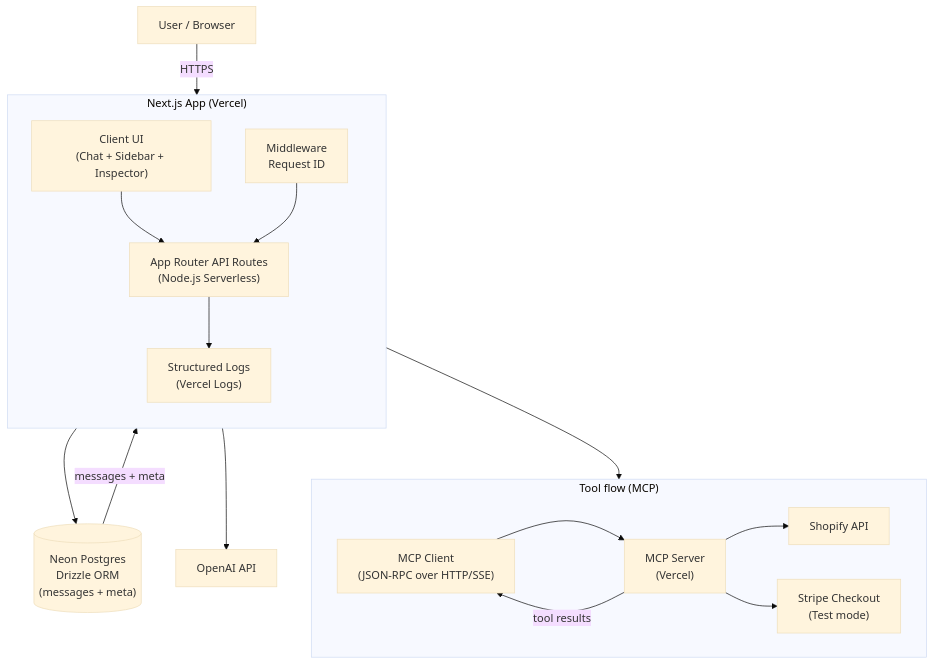
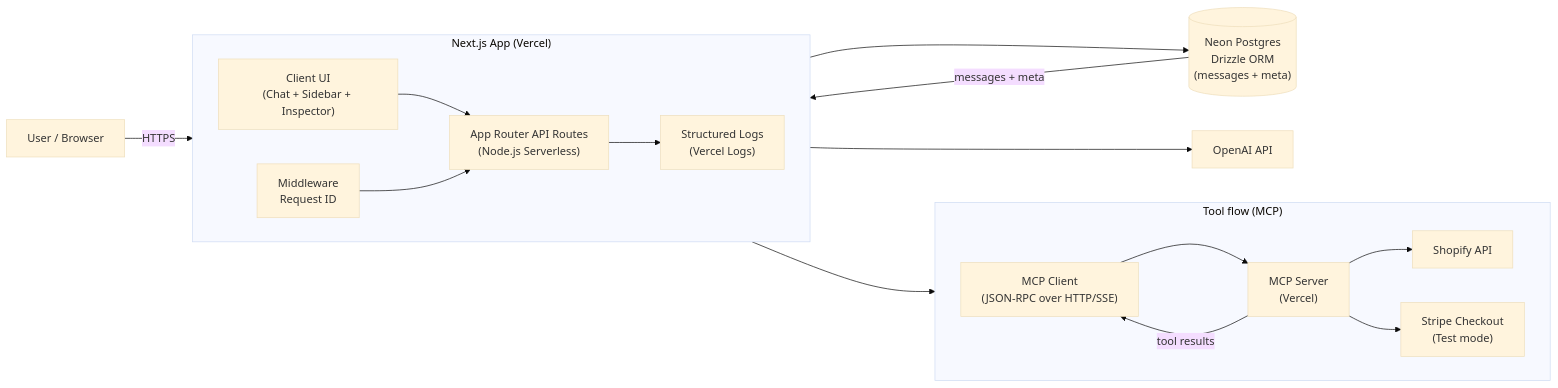
The diagram in README.md (nickcarndt/chatbot-with-memory), drawn with Mermaid (base theme) before and after one commit.

Commit message:
docs: stabilize mermaid architecture diagram

````diff
--- a/README.md
+++ b/README.md
@@ -68,25 +68,25 @@
 ```mermaid
-flowchart TB
-  U[User / Browser] -->|HTTPS| C["Client UI<br/>(Chat + Sidebar + Inspector)"]
+flowchart LR
+  U[User / Browser] -->|HTTPS| UI
 
   subgraph UI["Next.js App (Vercel)"]
-    direction TB
-    C --> API["App Router API Routes<br/>(Node.js Serverless)"]
+    direction LR
+    C["Client UI<br/>(Chat + Sidebar + Inspector)"] --> API["App Router API Routes<br/>(Node.js Serverless)"]
     MW["Middleware<br/>Request ID"] --> API
     API --> LOGS["Structured Logs<br/>(Vercel Logs)"]
   end
 
   API --> DB[("Neon Postgres<br/>Drizzle ORM<br/>(messages + meta)")]
   API --> LLM["OpenAI API"]
 
   subgraph MCPFLOW["Tool flow (MCP)"]
     direction LR
     API --> MCPCLIENT["MCP Client<br/>(JSON-RPC over HTTP/SSE)"]
     MCPCLIENT --> MCPSERVER["MCP Server<br/>(Vercel)"]
     MCPSERVER --> SHOPIFY["Shopify API"]
     MCPSERVER --> STRIPE["Stripe Checkout<br/>(Test mode)"]
     MCPSERVER -->|tool results| MCPCLIENT
   end
 
   DB -->|messages + meta| C
 ```
````
